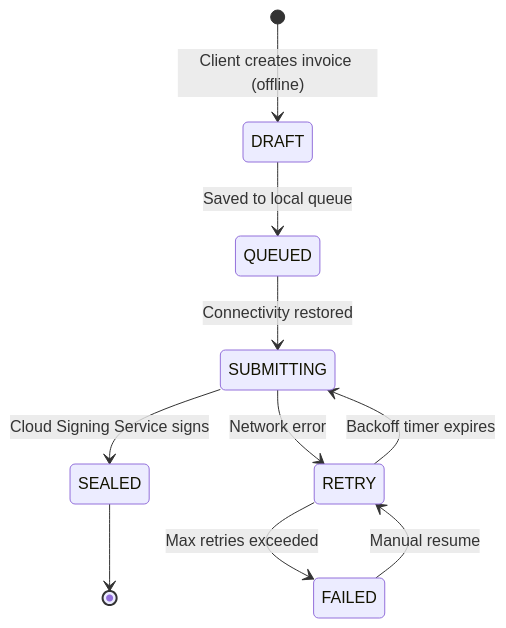
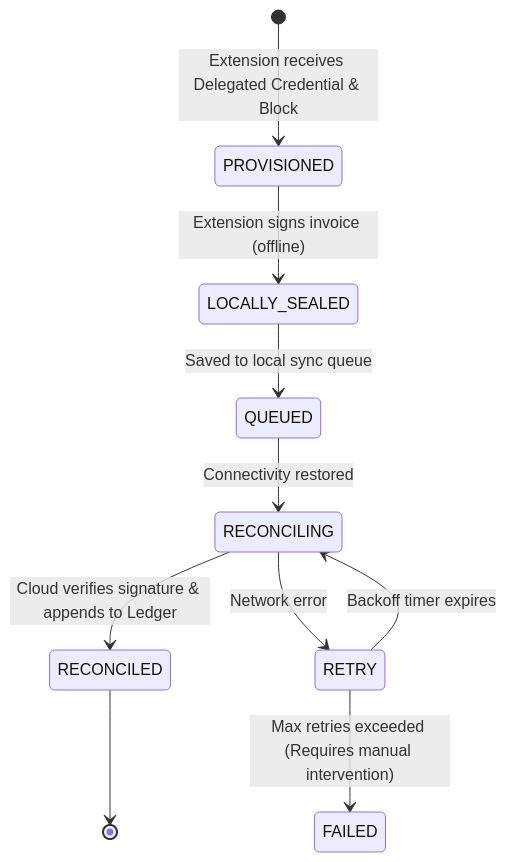
One commit to kupapay/docs changed the diagram in design/docs/cloud/offline-sync.md. Above: the diagram before and after it, drawn with Mermaid. The commit also changed other lines of this file and 27 other files, not shown here.

Commit message:
docs(architecture): implement Delegated Offline Token architecture (Phase 1.5)

````diff
--- a/design/docs/cloud/offline-sync.md
+++ b/design/docs/cloud/offline-sync.md
@@ -7,12 +9,12 @@
 ```mermaid
 stateDiagram-v2
-    [*] --> DRAFT : Client creates invoice (offline)
-    DRAFT --> QUEUED : Saved to local queue
-    QUEUED --> SUBMITTING : Connectivity restored
-    SUBMITTING --> SEALED : Cloud Signing Service signs
-    SUBMITTING --> RETRY : Network error
-    RETRY --> SUBMITTING : Backoff timer expires
-    RETRY --> FAILED : Max retries exceeded
-    FAILED --> RETRY : Manual resume
-    SEALED --> [*]
+    [*] --> PROVISIONED : Extension receives Delegated Credential & Block
+    PROVISIONED --> LOCALLY_SEALED : Extension signs invoice (offline)
+    LOCALLY_SEALED --> QUEUED : Saved to local sync queue
+    QUEUED --> RECONCILING : Connectivity restored
+    RECONCILING --> RECONCILED : Cloud verifies signature & appends to Ledger
+    RECONCILING --> RETRY : Network error
+    RETRY --> RECONCILING : Backoff timer expires
+    RETRY --> FAILED : Max retries exceeded (Requires manual intervention)
+    RECONCILED --> [*]
 ```
````
